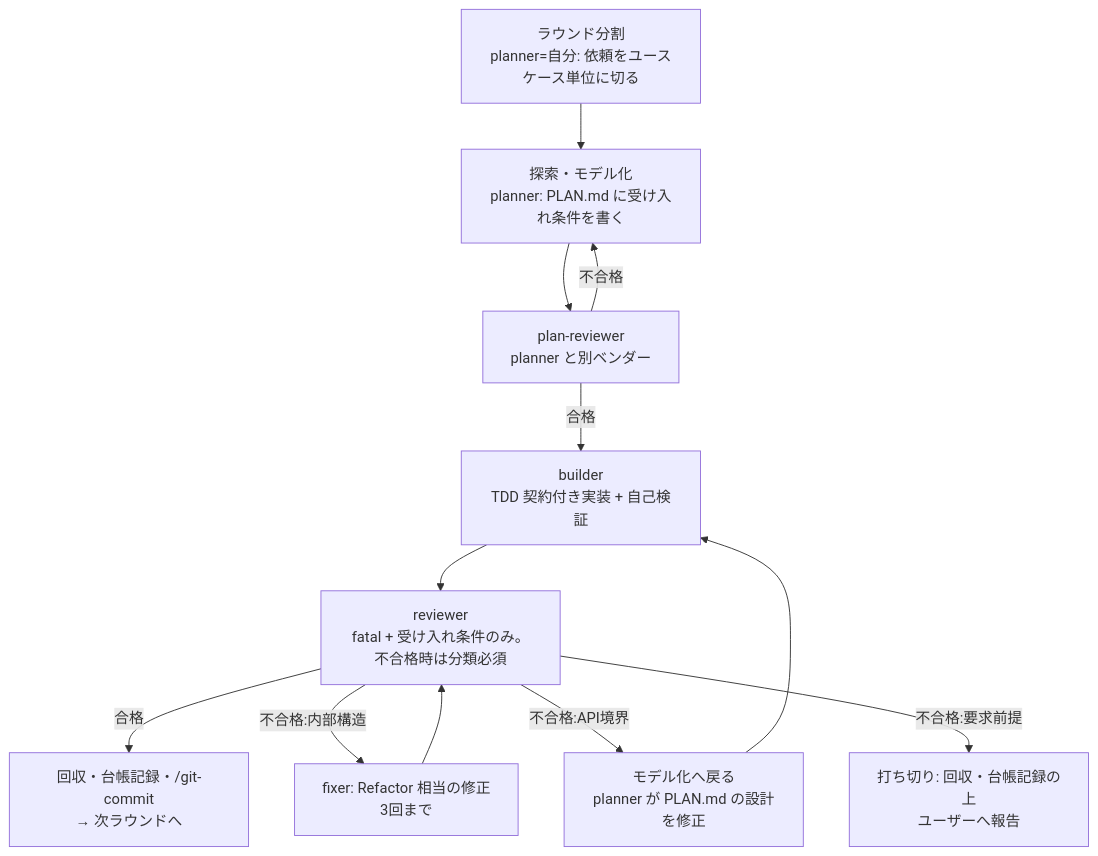
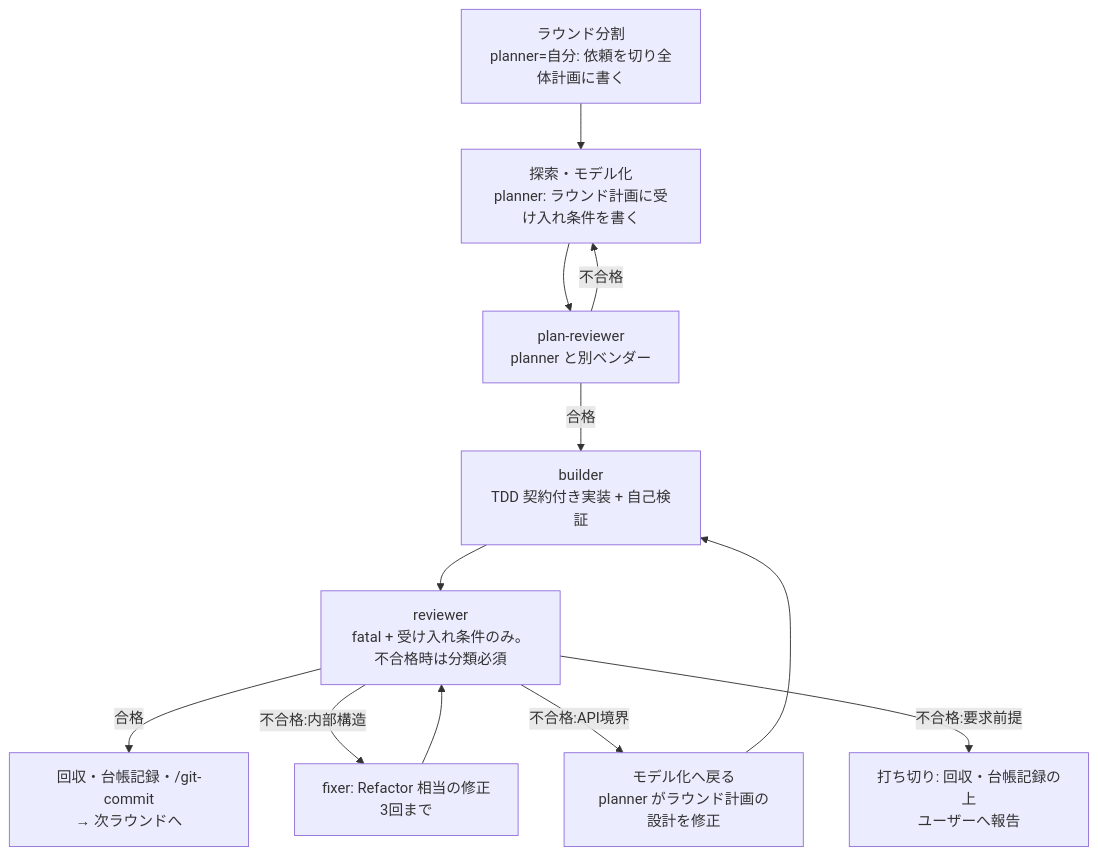
The diagram in shared/skills/code-perfection-multiagent/SKILL.md (hondazn/aimod), drawn with Mermaid before and after one commit. The commit also changed other lines of this file and 2 other files, not shown here.

First line of the commit message:
feat(code-perfection-multiagent): PLAN.md固定をやめ全体計画とラウンド計画に分ける

````diff
--- a/shared/skills/code-perfection-multiagent/SKILL.md
+++ b/shared/skills/code-perfection-multiagent/SKILL.md
@@ -25,14 +25,14 @@
 ```mermaid
 flowchart TD
-    S[ラウンド分割<br/>planner=自分: 依頼をユースケース単位に切る] --> A
-    A[探索・モデル化<br/>planner: PLAN.md に受け入れ条件を書く] --> PR[plan-reviewer<br/>planner と別ベンダー]
+    S[ラウンド分割<br/>planner=自分: 依頼を切り全体計画に書く] --> A
+    A[探索・モデル化<br/>planner: ラウンド計画に受け入れ条件を書く] --> PR[plan-reviewer<br/>planner と別ベンダー]
     PR -->|不合格| A
     PR -->|合格| B[builder<br/>TDD 契約付き実装 + 自己検証]
     B --> R[reviewer<br/>fatal + 受け入れ条件のみ。不合格時は分類必須]
     R -->|合格| DONE[回収・台帳記録・/git-commit<br/>→ 次ラウンドへ]
     R -->|不合格:内部構造| FX[fixer: Refactor 相当の修正<br/>3回まで]
-    R -->|不合格:API境界| A2[モデル化へ戻る<br/>planner が PLAN.md の設計を修正]
+    R -->|不合格:API境界| A2[モデル化へ戻る<br/>planner がラウンド計画の設計を修正]
     R -->|不合格:要求前提| AB[打ち切り: 回収・台帳記録の上<br/>ユーザーへ報告]
     FX --> R
     A2 --> B
 ```
````
